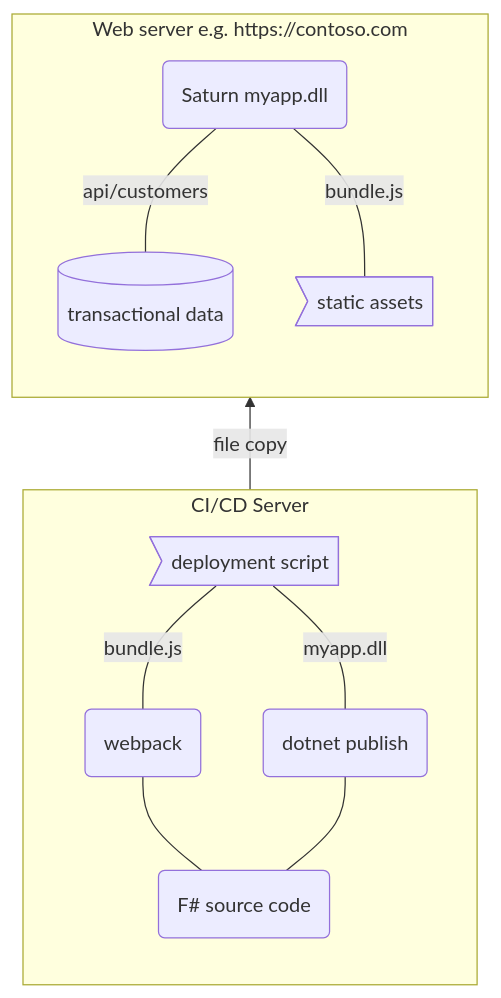
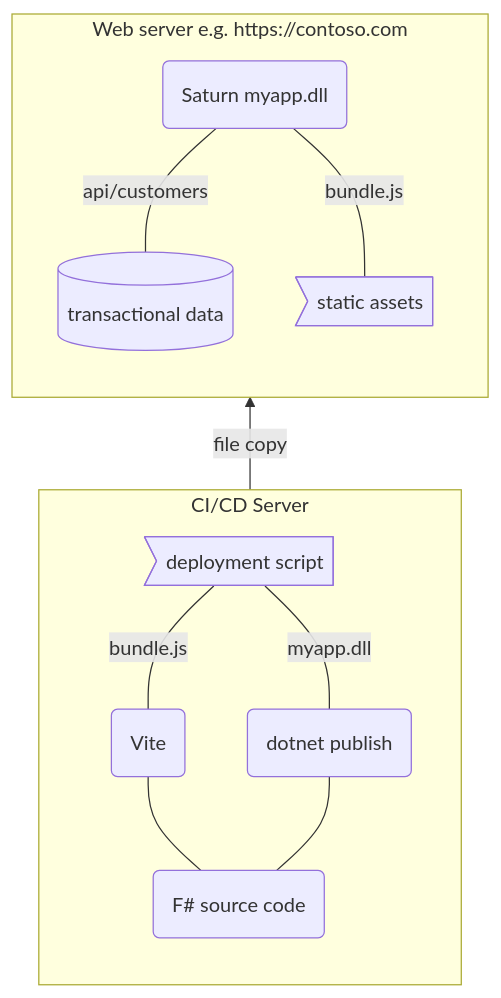
Before and after one commit to SAFE-Stack/docs: the second of 2 diagrams in docs/faq-build.md, drawn with Mermaid. The commit also changed other lines of this file and 5 other files, not shown here.

````diff
--- a/docs/faq-build.md
+++ b/docs/faq-build.md
@@ -30,24 +30,24 @@
 ```mermaid
 flowchart BT
 subgraph dest[Web server e.g. https://contoso.com]
 saturn(Saturn myapp.dll)
 db[(transactional data)]
 assets>static assets]
 saturn -- api/customers --- db
 saturn -- bundle.js --- assets
 end
 
 subgraph src[CI/CD Server]
 exec>deployment script]
-webpack(webpack)
+vite(Vite)
 dotnet(dotnet publish)
 source(F# source code)
-exec -- bundle.js --- webpack
+exec -- bundle.js --- vite
 exec -- myapp.dll --- dotnet
-webpack --- source
+vite --- source
 dotnet --- source
 end
 
 src -- file copy --> dest
 
 ```
````
